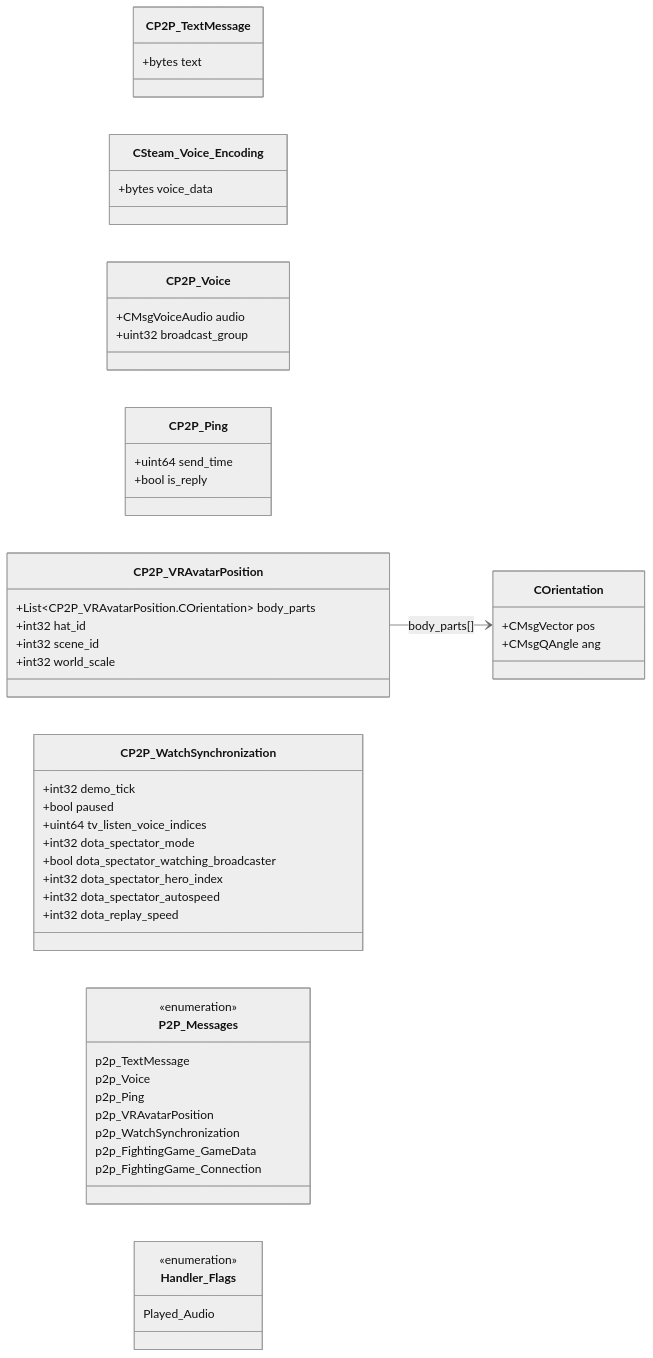
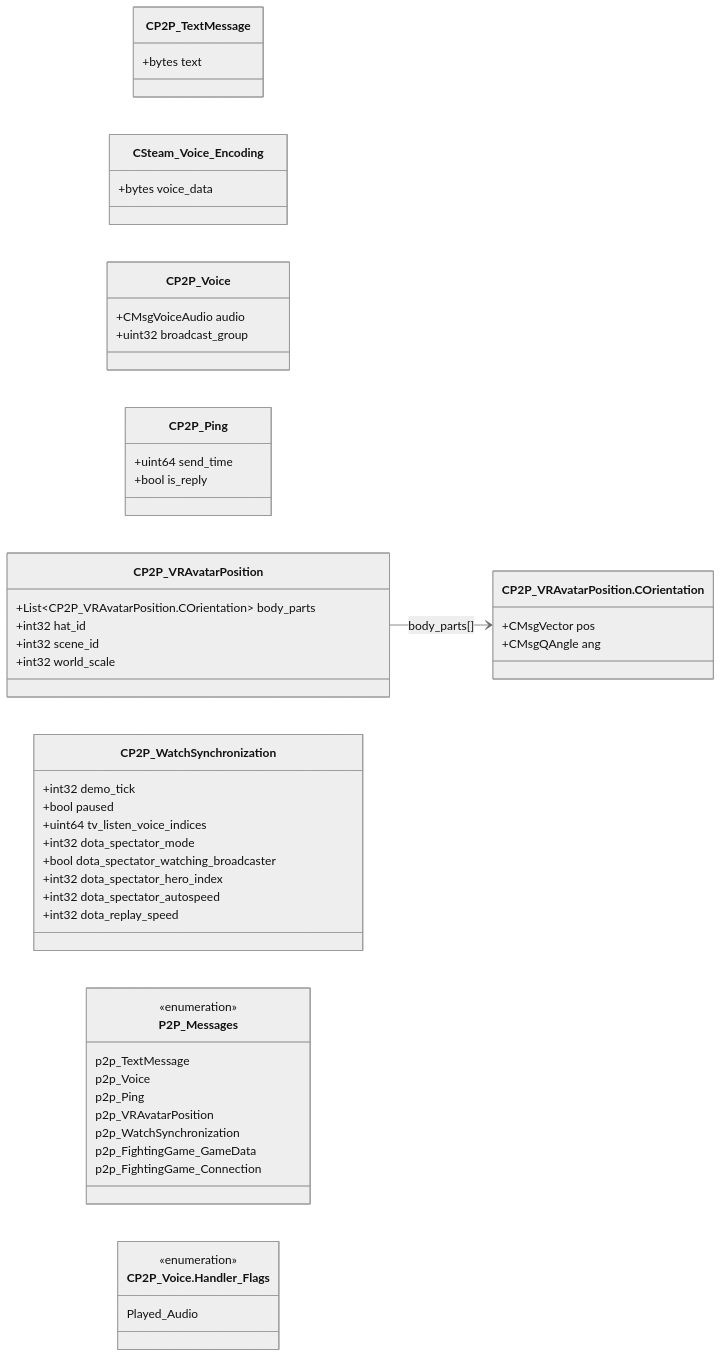
One commit to CS2OpenDev/CS2OpenDev-Docs changed the diagram in docs/generated/proto/c_peer2peer_netmessages.md. Above: the diagram before and after it, drawn with Mermaid (neutral theme). The commit also changed other lines of this file and 4525 other files, not shown here.

````diff
--- a/docs/generated/proto/c_peer2peer_netmessages.md
+++ b/docs/generated/proto/c_peer2peer_netmessages.md
@@ -14,64 +14,64 @@
 ```mermaid
 classDiagram
 direction LR
 
   class CP2P_TextMessage {
     +bytes text
   }
 
   class CSteam_Voice_Encoding {
     +bytes voice_data
   }
 
   class CP2P_Voice {
     +CMsgVoiceAudio audio
     +uint32 broadcast_group
   }
 
   class CP2P_Ping {
     +uint64 send_time
     +bool is_reply
   }
 
   class CP2P_VRAvatarPosition {
     +List~CP2P_VRAvatarPosition.COrientation~ body_parts
     +int32 hat_id
     +int32 scene_id
     +int32 world_scale
   }
 
-  class COrientation {
+  class CP2P_VRAvatarPosition_COrientation["CP2P_VRAvatarPosition.COrientation"] {
     +CMsgVector pos
     +CMsgQAngle ang
   }
 
   class CP2P_WatchSynchronization {
     +int32 demo_tick
     +bool paused
     +uint64 tv_listen_voice_indices
     +int32 dota_spectator_mode
     +bool dota_spectator_watching_broadcaster
     +int32 dota_spectator_hero_index
     +int32 dota_spectator_autospeed
     +int32 dota_replay_speed
   }
 
-  CP2P_VRAvatarPosition --> COrientation : body_parts[]
+  CP2P_VRAvatarPosition --> CP2P_VRAvatarPosition_COrientation : body_parts[]
 
   class P2P_Messages{
     <<enumeration>>
     p2p_TextMessage
     p2p_Voice
     p2p_Ping
     p2p_VRAvatarPosition
     p2p_WatchSynchronization
     p2p_FightingGame_GameData
     p2p_FightingGame_Connection
   }
 
-  class Handler_Flags{
+  class CP2P_Voice_Handler_Flags["CP2P_Voice.Handler_Flags"]{
     <<enumeration>>
     Played_Audio
   }
 
 ```
````
